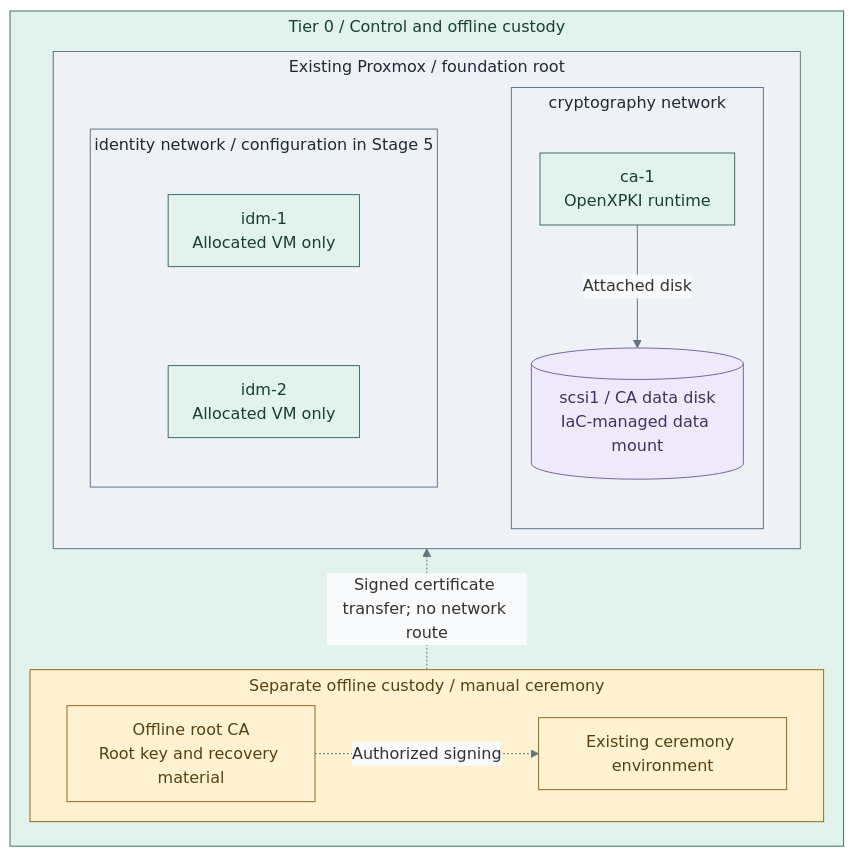
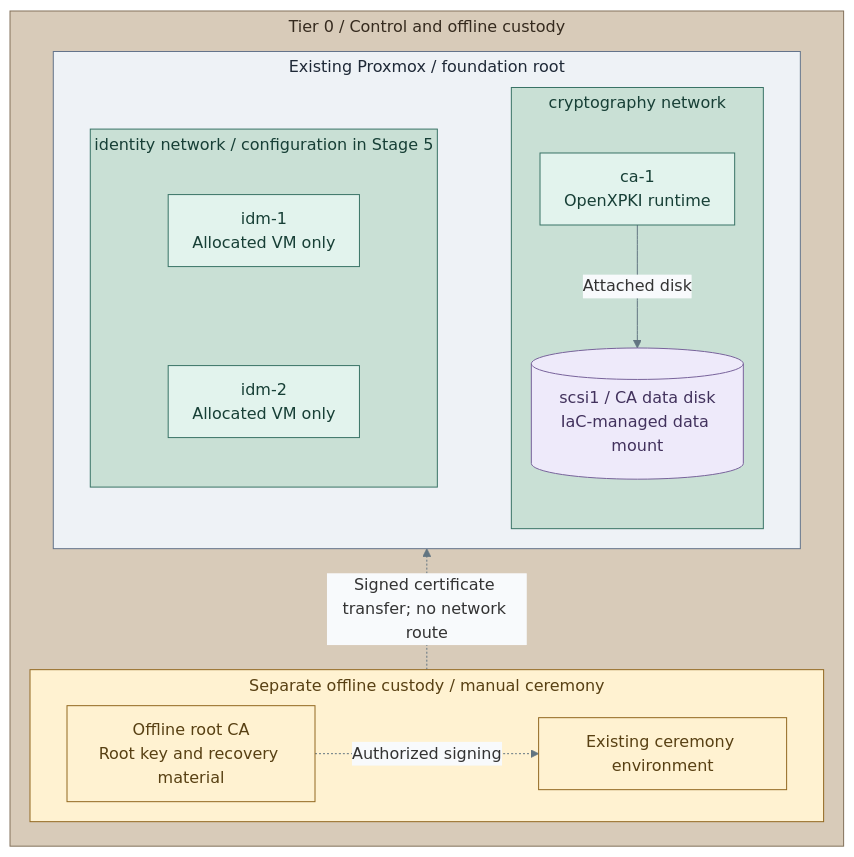
The diagram in docs/03-deployment/stage-3-trust/README.md (Rexus/homelab), drawn with Mermaid before and after one commit. The commit also changed 108 other files, not shown here.

Commit message:
docs(diagrams): unify visual language and opening views

````diff
--- a/docs/03-deployment/stage-3-trust/README.md
+++ b/docs/03-deployment/stage-3-trust/README.md
@@ -9,39 +9,43 @@
 ```mermaid
 %%{init: {"theme":"base","flowchart":{"nodeSpacing":20,"rankSpacing":24,"padding":12,"subGraphTitleMargin":{"top":4,"bottom":12}},"themeVariables":{"lineColor":"#627581","edgeLabelBackground":"#f8fafc"}}}%%
 flowchart BT
   subgraph T0["Tier 0 / Control and offline custody"]
     direction BT
     subgraph Offline["Separate offline custody / manual ceremony"]
       direction LR
       Root["Offline root CA<br/>Root key and recovery material"]
       Ceremony["Existing ceremony environment"]
       Root -. Authorized signing .-> Ceremony
     end
     subgraph PVE["Existing Proxmox / foundation root"]
       direction LR
       subgraph Identity["identity network / configuration in Stage 5"]
         direction TB
         Primary["idm-1<br/>Allocated VM only"]
         Replica["idm-2<br/>Allocated VM only"]
         Primary ~~~ Replica
       end
       subgraph Crypto["cryptography network"]
         direction TB
         Issuer["ca-1<br/>OpenXPKI runtime"]
         Data[("scsi1 / CA data disk<br/>IaC-managed data mount")]
         Issuer -->|Attached disk| Data
       end
       Identity ~~~ Crypto
     end
     Offline -. "Signed certificate transfer; no network route" .-> PVE
   end
   classDef default fill:#f8fafc,stroke:#64748b,color:#1f2937
   classDef boundary fill:#eef2f6,stroke:#64748b,color:#1f2937
   classDef custody fill:#fff2d1,stroke:#926820,color:#584013
   classDef control fill:#e2f3ed,stroke:#397366,color:#173f36
   classDef data fill:#eeeafa,stroke:#78639b,color:#42325d
-  class PVE,Crypto,Identity boundary
+  class PVE boundary
   class Offline,Root,Ceremony custody
-  class T0,Issuer,Primary,Replica control
+  class Issuer,Primary,Replica control
   class Data data
+  classDef tier0 fill:#d8cbb9,stroke:#83715a,color:#352a1e
+  class T0 tier0
+  classDef zoneControl fill:#c9e0d5,stroke:#397366,color:#173f36
+  class Identity,Crypto zoneControl
 ```
````
